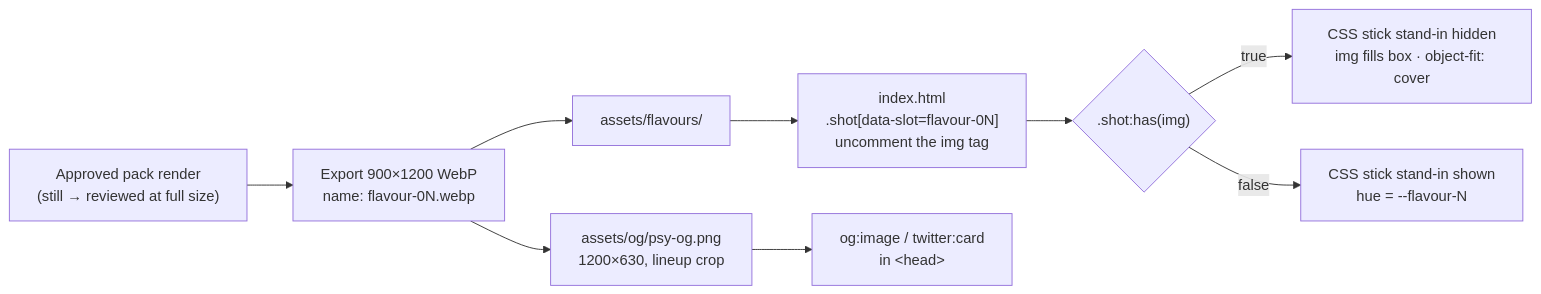
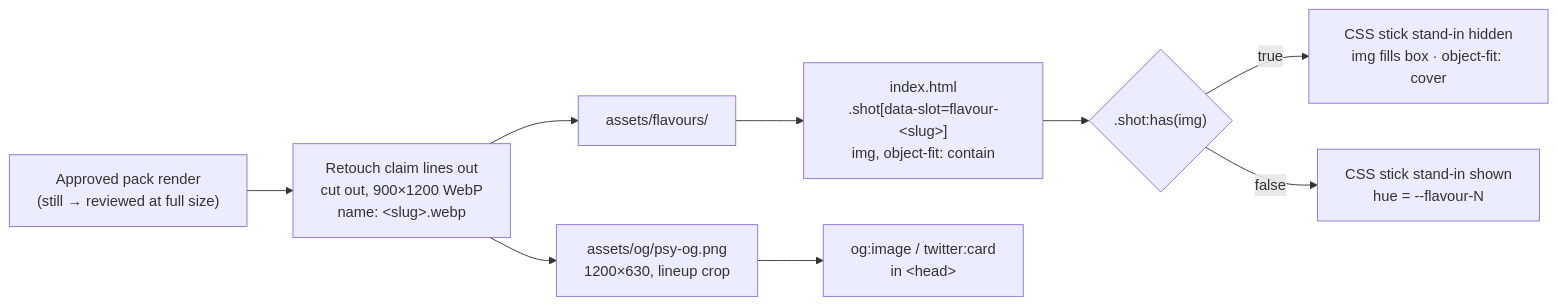
The third of 3 diagrams in docs/ARCHITECTURE.md (Sanskaari69/psy-fibre), drawn with Mermaid before and after one commit. The commit also changed other lines of this file and 10 other files, not shown here.

First line of the commit message:
Add founder pack renders: lineup scene and three flavour stills

````diff
--- a/docs/ARCHITECTURE.md
+++ b/docs/ARCHITECTURE.md
@@ -61,11 +61,11 @@
 ```mermaid
 flowchart LR
-  render["Approved pack render<br/>(still → reviewed at full size)"] --> export["Export 900×1200 WebP<br/>name: flavour-0N.webp"]
+  render["Approved pack render<br/>(still → reviewed at full size)"] --> export["Retouch claim lines out<br/>cut out, 900×1200 WebP<br/>name: &lt;slug&gt;.webp"]
   export --> dir["assets/flavours/"]
-  dir --> slot["index.html<br/>.shot[data-slot=flavour-0N]<br/>uncomment the img tag"]
+  dir --> slot["index.html<br/>.shot[data-slot=flavour-&lt;slug&gt;]<br/>img, object-fit: contain"]
   slot --> css{".shot:has(img)"}
   css -- true --> hide["CSS stick stand-in hidden<br/>img fills box · object-fit: cover"]
   css -- false --> stand["CSS stick stand-in shown<br/>hue = --flavour-N"]
   export --> og["assets/og/psy-og.png<br/>1200×630, lineup crop"]
   og --> meta["og:image / twitter:card<br/>in &lt;head&gt;"]
 ```
````
